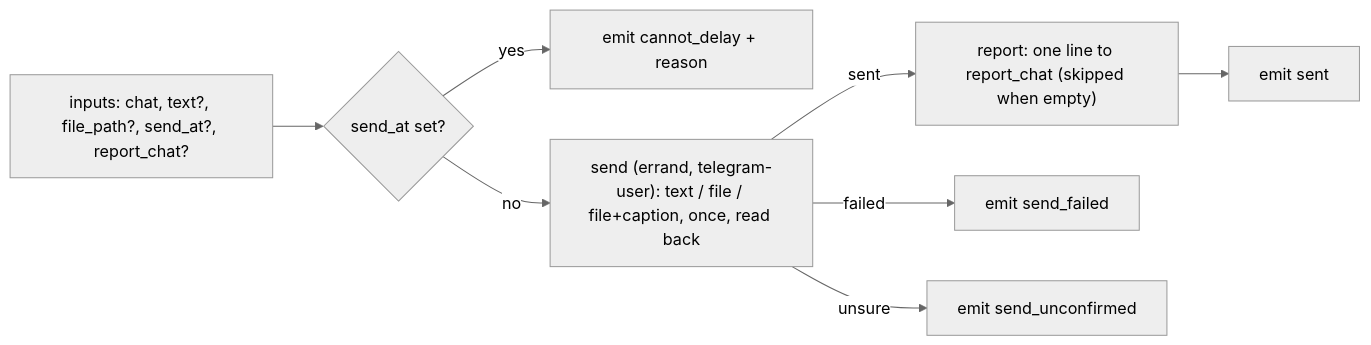
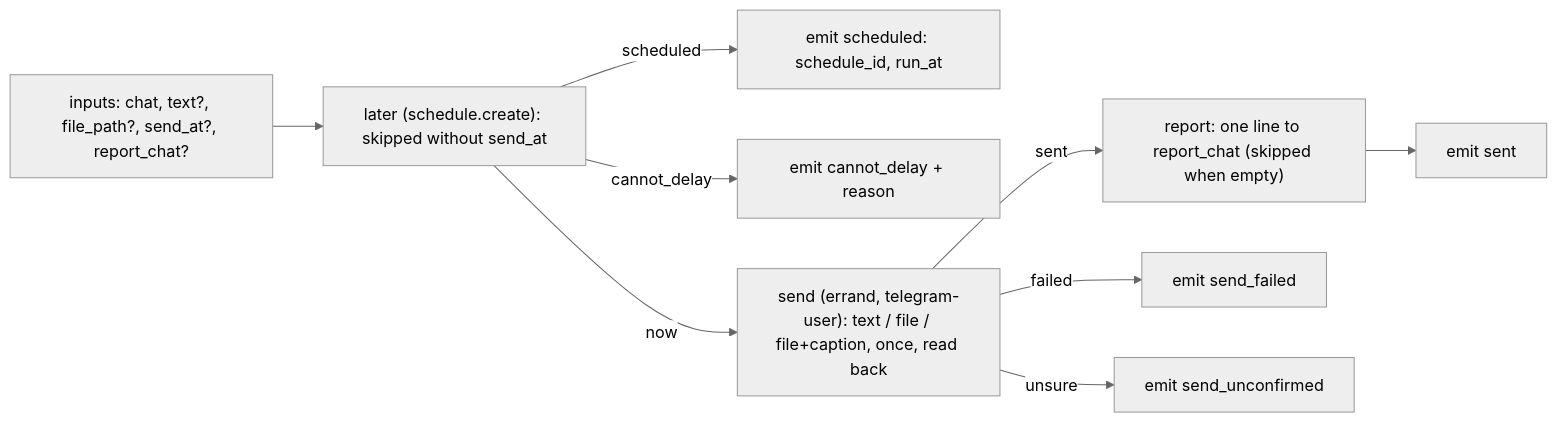
One commit to VKirill/bb-plugin-lane-pilot changed the diagram in docs/telegram-send.md. Above: the diagram before and after it, drawn with Mermaid (neutral theme). The commit also changed other lines of this file and 20 other files, not shown here.

Commit message:
0.1.477: a graph can put a step off (schedule.create, telegram-send ends scheduled), streams G1–G3: the errand routes to any sure graph, the lead proposes graphs for graph-less work, invoice-send sends through the shared fragment

````diff
--- a/docs/telegram-send.md
+++ b/docs/telegram-send.md
@@ -6,9 +6,10 @@
 ```mermaid
 flowchart LR
-  I["inputs: chat, text?, file_path?, send_at?, report_chat?"] --> W{"send_at set?"}
-  W -->|yes| C["emit cannot_delay + reason"]
-  W -->|no| S["send (errand, telegram-user): text / file / file+caption, once, read back"]
+  I["inputs: chat, text?, file_path?, send_at?, report_chat?"] --> L["later (schedule.create): skipped without send_at"]
+  L -->|scheduled| C2["emit scheduled: schedule_id, run_at"]
+  L -->|cannot_delay| C["emit cannot_delay + reason"]
+  L -->|now| S["send (errand, telegram-user): text / file / file+caption, once, read back"]
   S -->|sent| T["report: one line to report_chat (skipped when empty)"] --> D["emit sent"]
   S -->|failed| F["emit send_failed"]
   S -->|unsure| U["emit send_unconfirmed"]
 ```
````
